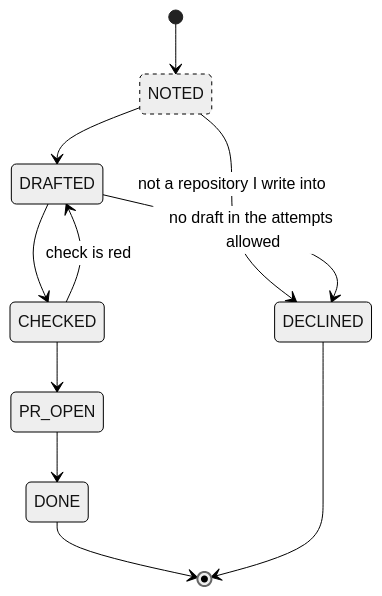
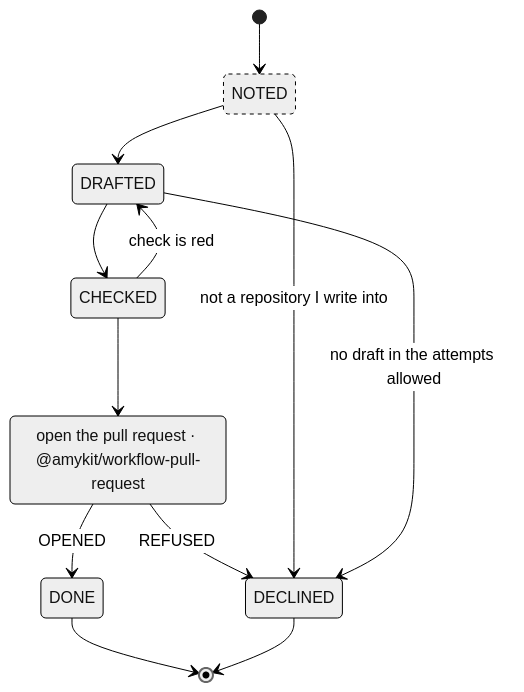
One commit to nicolasmelo1/amy changed the diagram in packages/workflow-note-to-plan/workflow.mmd. Above: the diagram before and after it, drawn with Mermaid (neutral theme). The commit also changed 30 other files, not shown here.

First line of the commit message:
feat: note-to-plan and the errand open their pull requests by a call

```diff
--- a/packages/workflow-note-to-plan/workflow.mmd
+++ b/packages/workflow-note-to-plan/workflow.mmd
@@ -1,19 +1,23 @@
 stateDiagram-v2
     %% A piece of friction becomes a plan on a pull request, or is handed back.
     %% NOTED waits only when the ceiling on plans in flight is reached; nothing
     %% here waits on a person, because the pull request at the end is somebody
-    %% else's to merge.
+    %% else's to merge. PR_OPEN calls the shipped pull-request workflow, and
+    %% leaves on the end it reached.
     classDef waiting stroke-dasharray: 4 4
 
     [*] --> NOTED
     NOTED --> DRAFTED
     DRAFTED --> CHECKED
     CHECKED --> DRAFTED: check is red
     CHECKED --> PR_OPEN
-    PR_OPEN --> DONE
+    state "open the pull request · @amykit/workflow-pull-request" as PR_OPEN
+    PR_OPEN --> DONE: OPENED
+    PR_OPEN --> DECLINED: REFUSED
     NOTED --> DECLINED: not a repository I write into
     DRAFTED --> DECLINED: no draft in the attempts allowed
     DONE --> [*]
     DECLINED --> [*]
 
     class NOTED waiting
+    class PR_OPEN call
```
